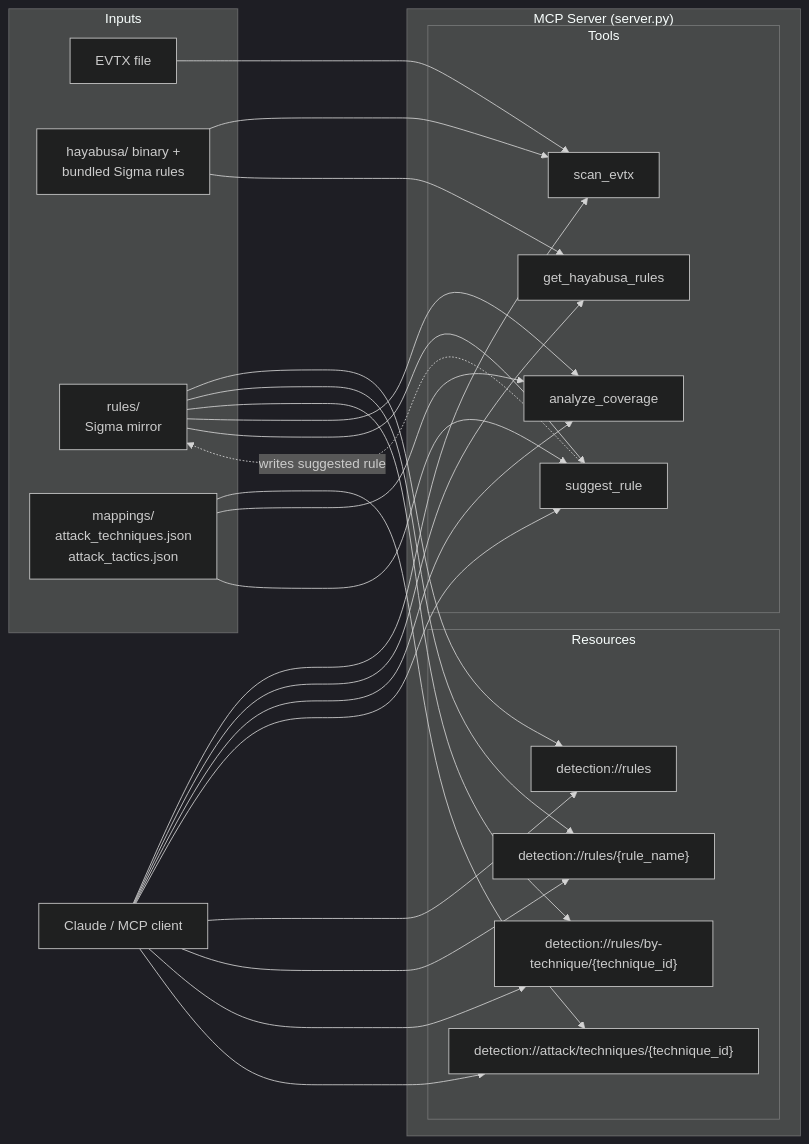
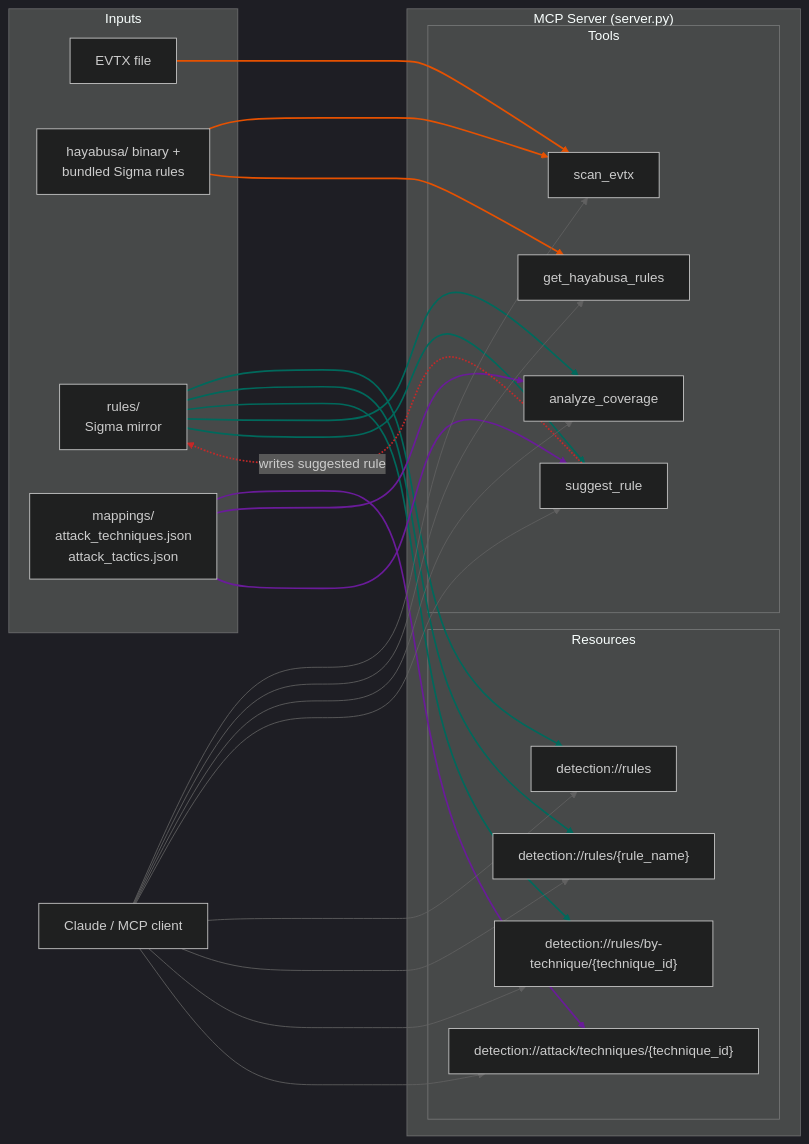
Before and after one commit to sarahsl-prog/mcp-hayabusa: the diagram in README.md, drawn with Mermaid (dark theme). The commit also changed other lines of this file, not shown here.

Commit message:
Color-code edges in the architecture diagram
Group edges by source (raw inputs, rules/, mappings/, write-back,
client calls) with distinct colors so they're easier to tell apart.

````diff
--- a/README.md
+++ b/README.md
@@ -7,45 +7,57 @@
 ```mermaid
 graph LR
     subgraph Inputs
         EVTX[EVTX file]
         HB[hayabusa/ binary +\nbundled Sigma rules]
         RULES[rules/\nSigma mirror]
         MAP[mappings/\nattack_techniques.json\nattack_tactics.json]
     end
 
     subgraph "MCP Server (server.py)"
         subgraph Tools
             T1[scan_evtx]
             T2[get_hayabusa_rules]
             T3[analyze_coverage]
             T4[suggest_rule]
         end
         subgraph Resources
             R1["detection://rules"]
             R2["detection://rules/{rule_name}"]
             R3["detection://rules/by-technique/{technique_id}"]
             R4["detection://attack/techniques/{technique_id}"]
         end
     end
 
     Client[Claude / MCP client]
 
     EVTX --> T1
     HB --> T1
     HB --> T2
 
     RULES --> R1
     RULES --> R2
     RULES --> R3
     RULES --> T3
     RULES --> T4
 
     MAP --> R4
     MAP --> T3
     MAP --> T4
 
     T4 -.writes suggested rule.-> RULES
 
-    Client --> T1 & T2 & T3 & T4
-    Client --> R1 & R2 & R3 & R4
+    Client --> T1
+    Client --> T2
+    Client --> T3
+    Client --> T4
+    Client --> R1
+    Client --> R2
+    Client --> R3
+    Client --> R4
+
+    linkStyle 0,1,2 stroke:#e65100,stroke-width:2px
+    linkStyle 3,4,5,6,7 stroke:#00695c,stroke-width:2px
+    linkStyle 8,9,10 stroke:#6a1b9a,stroke-width:2px
+    linkStyle 11 stroke:#c62828,stroke-width:2px
+    linkStyle 12,13,14,15,16,17,18,19 stroke:#616161,stroke-width:1px
 ```
````
